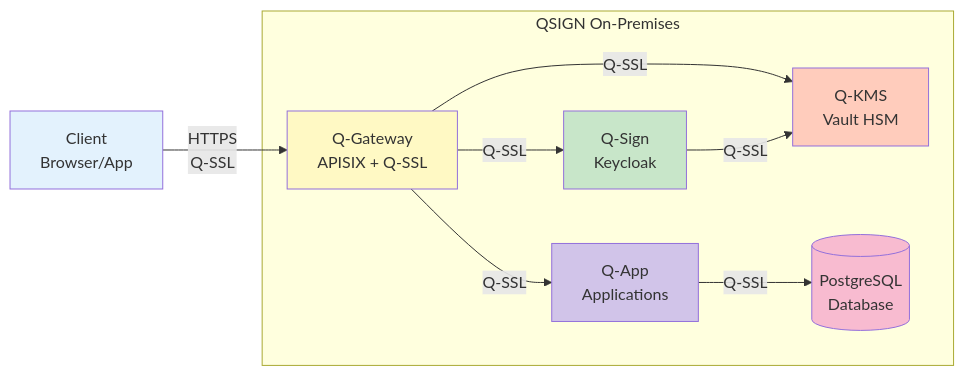
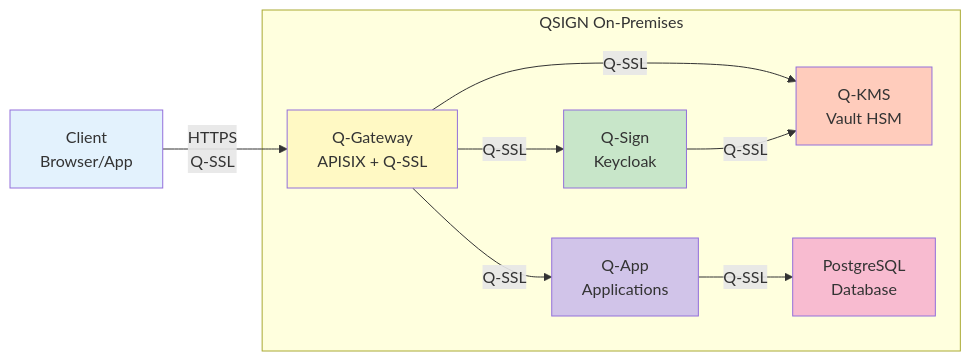
Before and after one commit to infeelchoi/q-docs: the fourth of 4 diagrams in 09-q-ssl/README.md, drawn with Mermaid. The commit also changed 12 other files, not shown here.

First line of the commit message:
🔧 Mermaid 다이어그램 괄호 패턴 파싱 오류 수정

````diff
--- a/09-q-ssl/README.md
+++ b/09-q-ssl/README.md
@@ -231,26 +231,26 @@
 ```mermaid
 graph LR
     CLIENT[Client<br/>Browser/App]
 
     subgraph QSIGN["QSIGN On-Premises"]
         GATEWAY[Q-Gateway<br/>APISIX + Q-SSL]
         KEYCLOAK[Q-Sign<br/>Keycloak]
         VAULT[Q-KMS<br/>Vault HSM]
         APP[Q-App<br/>Applications]
-        DB[(PostgreSQL<br/>Database)]
+        DB["PostgreSQL<br/>Database"]
     end
 
     CLIENT -->|HTTPS<br/>Q-SSL| GATEWAY
     GATEWAY -->|Q-SSL| KEYCLOAK
     GATEWAY -->|Q-SSL| VAULT
     GATEWAY -->|Q-SSL| APP
     KEYCLOAK -->|Q-SSL| VAULT
     APP -->|Q-SSL| DB
 
     style CLIENT fill:#e3f2fd
     style GATEWAY fill:#fff9c4
     style KEYCLOAK fill:#c8e6c9
     style VAULT fill:#ffccbc
     style APP fill:#d1c4e9
     style DB fill:#f8bbd0
 ```
````
